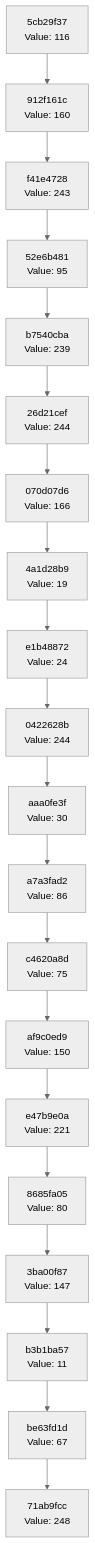
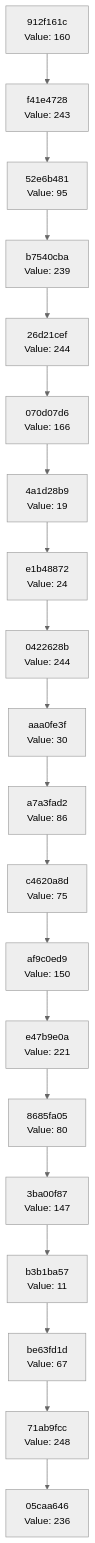
Before and after one commit to Abhisheksinha1506/hash-chain-evolver: the diagram in docs/CHAIN_VISUALIZATION.md, drawn with Mermaid (neutral theme). The commit also changed 2 other files, not shown here.

Commit message:
Evolution Step

````diff
--- a/docs/CHAIN_VISUALIZATION.md
+++ b/docs/CHAIN_VISUALIZATION.md
@@ -3,42 +3,42 @@
 ```mermaid
 graph TD
-    C0["71ab9fcc<br/>Value: 248"]
-    C1["be63fd1d<br/>Value: 67"]
+    C0["05caa646<br/>Value: 236"]
+    C1["71ab9fcc<br/>Value: 248"]
     C1 --> C0
-    C2["b3b1ba57<br/>Value: 11"]
+    C2["be63fd1d<br/>Value: 67"]
     C2 --> C1
-    C3["3ba00f87<br/>Value: 147"]
+    C3["b3b1ba57<br/>Value: 11"]
     C3 --> C2
-    C4["8685fa05<br/>Value: 80"]
+    C4["3ba00f87<br/>Value: 147"]
     C4 --> C3
-    C5["e47b9e0a<br/>Value: 221"]
+    C5["8685fa05<br/>Value: 80"]
     C5 --> C4
-    C6["af9c0ed9<br/>Value: 150"]
+    C6["e47b9e0a<br/>Value: 221"]
     C6 --> C5
-    C7["c4620a8d<br/>Value: 75"]
+    C7["af9c0ed9<br/>Value: 150"]
     C7 --> C6
-    C8["a7a3fad2<br/>Value: 86"]
+    C8["c4620a8d<br/>Value: 75"]
     C8 --> C7
-    C9["aaa0fe3f<br/>Value: 30"]
+    C9["a7a3fad2<br/>Value: 86"]
     C9 --> C8
-    C10["0422628b<br/>Value: 244"]
+    C10["aaa0fe3f<br/>Value: 30"]
     C10 --> C9
-    C11["e1b48872<br/>Value: 24"]
+    C11["0422628b<br/>Value: 244"]
     C11 --> C10
-    C12["4a1d28b9<br/>Value: 19"]
+    C12["e1b48872<br/>Value: 24"]
     C12 --> C11
-    C13["070d07d6<br/>Value: 166"]
+    C13["4a1d28b9<br/>Value: 19"]
     C13 --> C12
-    C14["26d21cef<br/>Value: 244"]
+    C14["070d07d6<br/>Value: 166"]
     C14 --> C13
-    C15["b7540cba<br/>Value: 239"]
+    C15["26d21cef<br/>Value: 244"]
     C15 --> C14
-    C16["52e6b481<br/>Value: 95"]
+    C16["b7540cba<br/>Value: 239"]
     C16 --> C15
-    C17["f41e4728<br/>Value: 243"]
+    C17["52e6b481<br/>Value: 95"]
     C17 --> C16
-    C18["912f161c<br/>Value: 160"]
+    C18["f41e4728<br/>Value: 243"]
     C18 --> C17
-    C19["5cb29f37<br/>Value: 116"]
+    C19["912f161c<br/>Value: 160"]
     C19 --> C18
 ```
````
